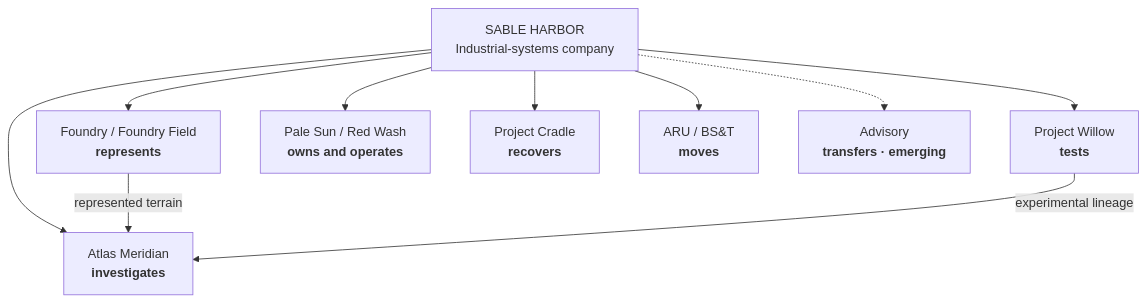
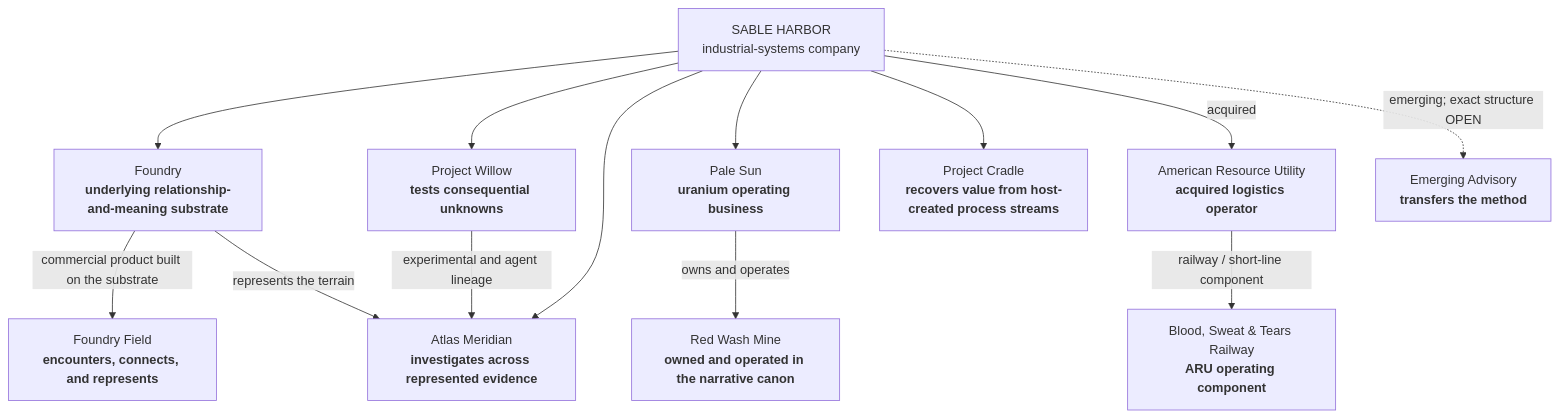
The diagram in README.md (SquirmyWormy275/SABLEHARBOR), drawn with Mermaid before and after one commit. The commit also changed other lines of this file and 16 other files, not shown here.

Commit message:
Build canon-traced organization chart package

````diff
--- a/README.md
+++ b/README.md
@@ -28,21 +28,33 @@
 ```mermaid
 flowchart TB
-    SH["SABLE HARBOR<br/>Industrial-systems company"]
-    FOUNDRY["Foundry / Foundry Field<br/><b>represents</b>"]
-    WILLOW["Project Willow<br/><b>tests</b>"]
-    ATLAS["Atlas Meridian<br/><b>investigates</b>"]
-    PALE["Pale Sun / Red Wash<br/><b>owns and operates</b>"]
-    CRADLE["Project Cradle<br/><b>recovers</b>"]
-    ARU["ARU / BS&T<br/><b>moves</b>"]
-    ADVISORY["Advisory<br/><b>transfers · emerging</b>"]
+    SH["SABLE HARBOR<br/>industrial-systems company"]
+
+    FOUNDRY["Foundry<br/><b>underlying relationship-and-meaning substrate</b>"]
+    FIELD["Foundry Field<br/><b>encounters, connects, and represents</b>"]
+    WILLOW["Project Willow<br/><b>tests consequential unknowns</b>"]
+    ATLAS["Atlas Meridian<br/><b>investigates across represented evidence</b>"]
+    PALE["Pale Sun<br/><b>uranium operating business</b>"]
+    REDWASH["Red Wash Mine<br/><b>owned and operated in the narrative canon</b>"]
+    CRADLE["Project Cradle<br/><b>recovers value from host-created process streams</b>"]
+    ARU["American Resource Utility<br/><b>acquired logistics operator</b>"]
+    BST["Blood, Sweat & Tears Railway<br/><b>ARU operating component</b>"]
+    ADVISORY["Emerging Advisory<br/><b>transfers the method</b>"]
 
     SH --> FOUNDRY
+    FOUNDRY -->|commercial product built on the substrate| FIELD
+
     SH --> WILLOW
     SH --> ATLAS
+    FOUNDRY -->|represents the terrain| ATLAS
+    WILLOW -->|experimental and agent lineage| ATLAS
+
     SH --> PALE
+    PALE -->|owns and operates| REDWASH
+
     SH --> CRADLE
-    SH --> ARU
-    SH -.-> ADVISORY
-    FOUNDRY -->|represented terrain| ATLAS
-    WILLOW -->|experimental lineage| ATLAS
+
+    SH -->|acquired| ARU
+    ARU -->|railway / short-line component| BST
+
+    SH -.->|emerging; exact structure OPEN| ADVISORY
 ```
````
